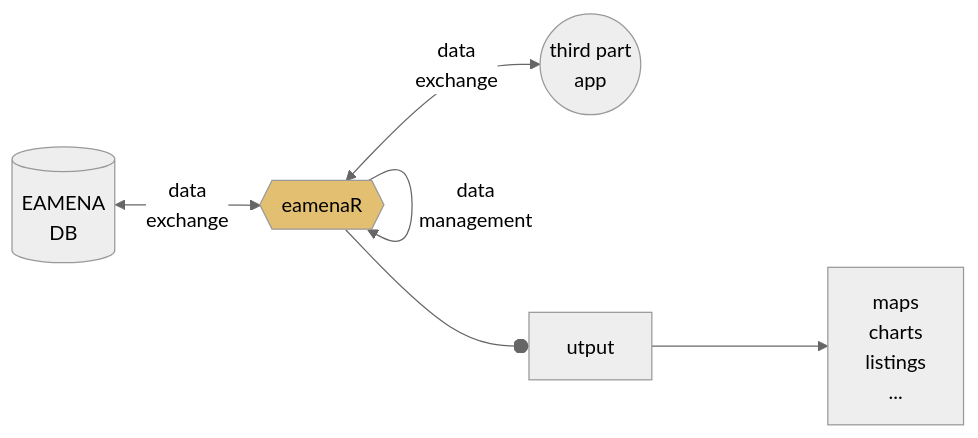
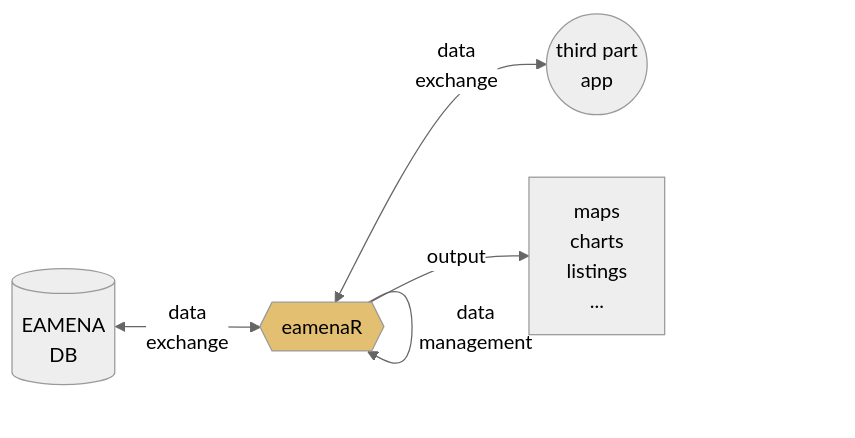
One commit to eamena-project/eamenaR changed the first of 3 diagrams in README.md. Above: the diagram before and after it, drawn with Mermaid (neutral theme).

````diff
--- a/README.md
+++ b/README.md
@@ -6,8 +6,8 @@
 ```mermaid
 flowchart LR
     A[(EAMENA<br>DB)] <--data<br>exchange--> B{{"eamenaR"}}:::eamenaRpkg;
     B --data<br>management--> B;
     B <--data<br>exchange--> C((third part<br>app));
-    B --output--> D[maps<br>charts<br>listings<br>...];
+    B --"output"--> D[maps<br>charts<br>listings<br>...];
     classDef eamenaRpkg fill:#e3c071;
 ```
````
